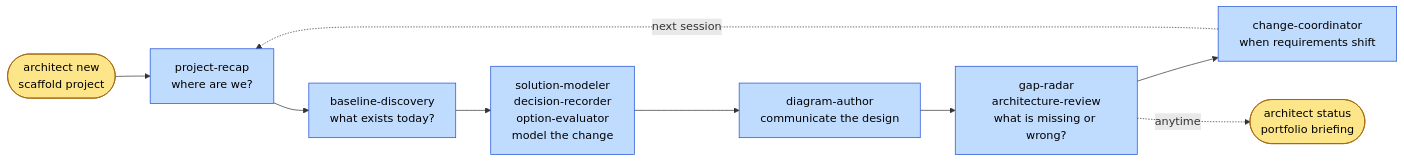
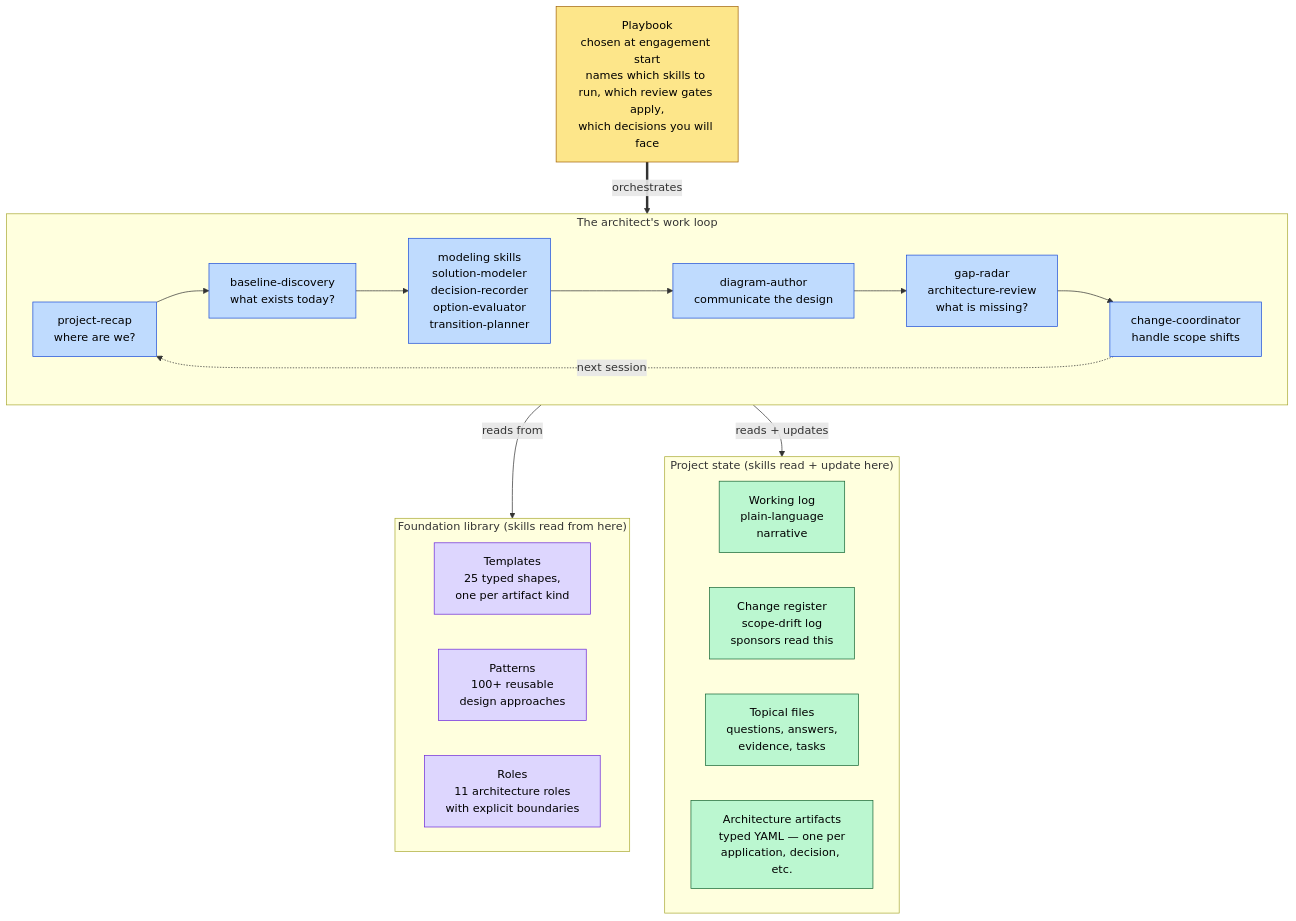
Before and after one commit to openarchitect-ai/open-architect: the diagram in README.md, drawn with Mermaid. The commit also changed other lines of this file, not shown here.

````diff
--- a/README.md
+++ b/README.md
@@ -31,25 +31,44 @@
 ```mermaid
-graph LR
-    A([architect new<br/>scaffold project])
-    B[project-recap<br/>where are we?]
-    C[baseline-discovery<br/>what exists today?]
-    D[solution-modeler<br/>decision-recorder<br/>option-evaluator<br/>model the change]
-    E[diagram-author<br/>communicate the design]
-    F[gap-radar<br/>architecture-review<br/>what is missing or wrong?]
-    G[change-coordinator<br/>when requirements shift]
-    H([architect status<br/>portfolio briefing])
+graph TB
+    PB[Playbook<br/>chosen at engagement start<br/>names which skills to run, which review gates apply,<br/>which decisions you will face]
 
-    A --> B
-    B --> C
-    C --> D
-    D --> E
-    E --> F
-    F --> G
-    G -. next session .-> B
-    F -. anytime .-> H
+    subgraph LOOP["The architect's work loop"]
+        direction LR
+        R[project-recap<br/>where are we?]
+        D[baseline-discovery<br/>what exists today?]
+        M[modeling skills<br/>solution-modeler<br/>decision-recorder<br/>option-evaluator<br/>transition-planner]
+        VIZ[diagram-author<br/>communicate the design]
+        G[gap-radar<br/>architecture-review<br/>what is missing?]
+        C[change-coordinator<br/>handle scope shifts]
+        R --> D --> M --> VIZ --> G --> C
+        C -. next session .-> R
+    end
 
-    classDef start fill:#fde68a,stroke:#a16207,color:#000
-    classDef phase fill:#bfdbfe,stroke:#1d4ed8,color:#000
-    class A,H start
-    class B,C,D,E,F,G phase
+    subgraph LIB["Foundation library (skills read from here)"]
+        direction LR
+        T[Templates<br/>25 typed shapes,<br/>one per artifact kind]
+        P[Patterns<br/>100+ reusable<br/>design approaches]
+        RL[Roles<br/>11 architecture roles<br/>with explicit boundaries]
+    end
+
+    subgraph PS["Project state (skills read + update here)"]
+        direction LR
+        WL[Working log<br/>plain-language<br/>narrative]
+        CR[Change register<br/>scope-drift log<br/>sponsors read this]
+        AW[Topical files<br/>questions, answers,<br/>evidence, tasks]
+        ART[Architecture artifacts<br/>typed YAML — one per<br/>application, decision, etc.]
+    end
+
+    PB ==>|orchestrates| LOOP
+    LOOP -->|reads from| LIB
+    LOOP -->|reads + updates| PS
+
+    classDef play fill:#fde68a,stroke:#a16207,color:#000
+    classDef loop fill:#bfdbfe,stroke:#1d4ed8,color:#000
+    classDef lib fill:#ddd6fe,stroke:#6d28d9,color:#000
+    classDef state fill:#bbf7d0,stroke:#166534,color:#000
+    class PB play
+    class R,D,M,VIZ,G,C loop
+    class T,P,RL lib
+    class WL,CR,AW,ART state
 ```
````
